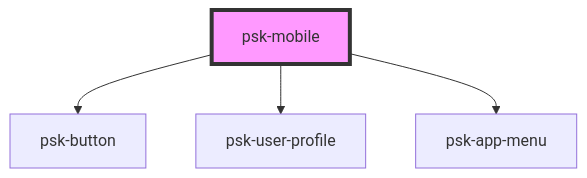
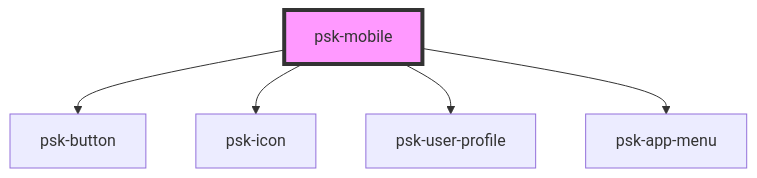
Before and after one commit to webcardinal/cardinal-core: the diagram in src/components/psk-mobile/readme.md, drawn with Mermaid. The commit also changed other lines of this file and 121 other files, not shown here.

````diff
--- a/src/components/psk-mobile/readme.md
+++ b/src/components/psk-mobile/readme.md
@@ -52,7 +53,8 @@
 ```mermaid
 graph TD;
   psk-mobile --> psk-button
+  psk-mobile --> psk-icon
   psk-mobile --> psk-user-profile
   psk-mobile --> psk-app-menu
   style psk-mobile fill:#f9f,stroke:#333,stroke-width:4px
 ```
````
